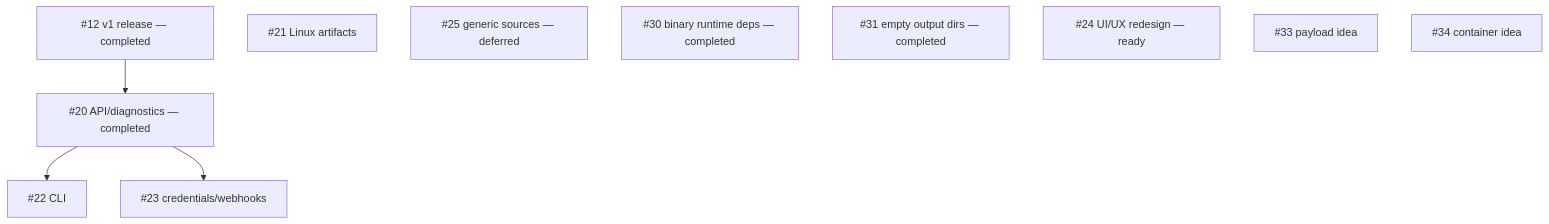
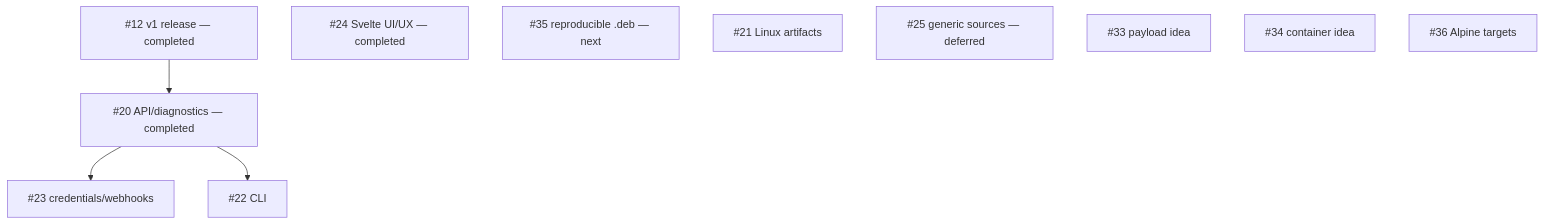
Before and after one commit to ProBatou/DebBuilder: the diagram in docs/ROADMAP.md, drawn with Mermaid. The commit also changed other lines of this file, not shown here.

Commit message:
docs: refresh post-v1 roadmap

````diff
--- a/docs/ROADMAP.md
+++ b/docs/ROADMAP.md
@@ -76,17 +85,18 @@
 ```mermaid
 flowchart TD
     I12["#12 v1 release — completed"]
     I20["#20 API/diagnostics — completed"]
+    I24["#24 Svelte UI/UX — completed"]
+    I35["#35 reproducible .deb — next"]
     I21["#21 Linux artifacts"]
+    I23["#23 credentials/webhooks"]
     I22["#22 CLI"]
-    I23["#23 credentials/webhooks"]
     I25["#25 generic sources — deferred"]
-    I30["#30 binary runtime deps — completed"]
-    I31["#31 empty output dirs — completed"]
-    I24["#24 UI/UX redesign — ready"]
     I33["#33 payload idea"]
     I34["#34 container idea"]
+    I36["#36 Alpine targets"]
 
     I12 --> I20
-    I20 --> I22 & I23
+    I20 --> I23
+    I20 --> I22
 ```
````
